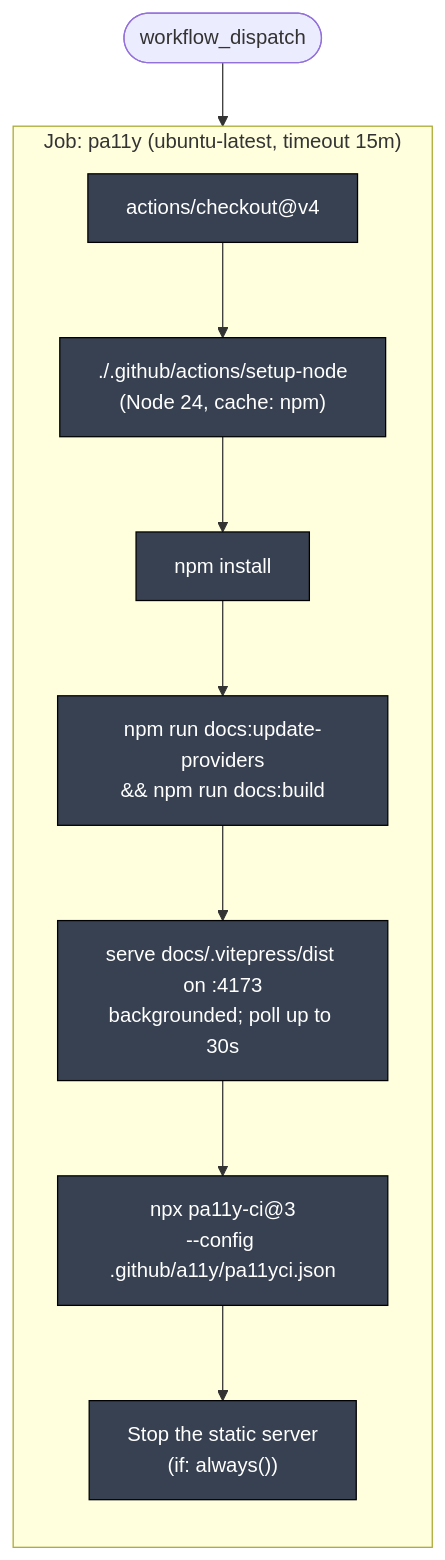
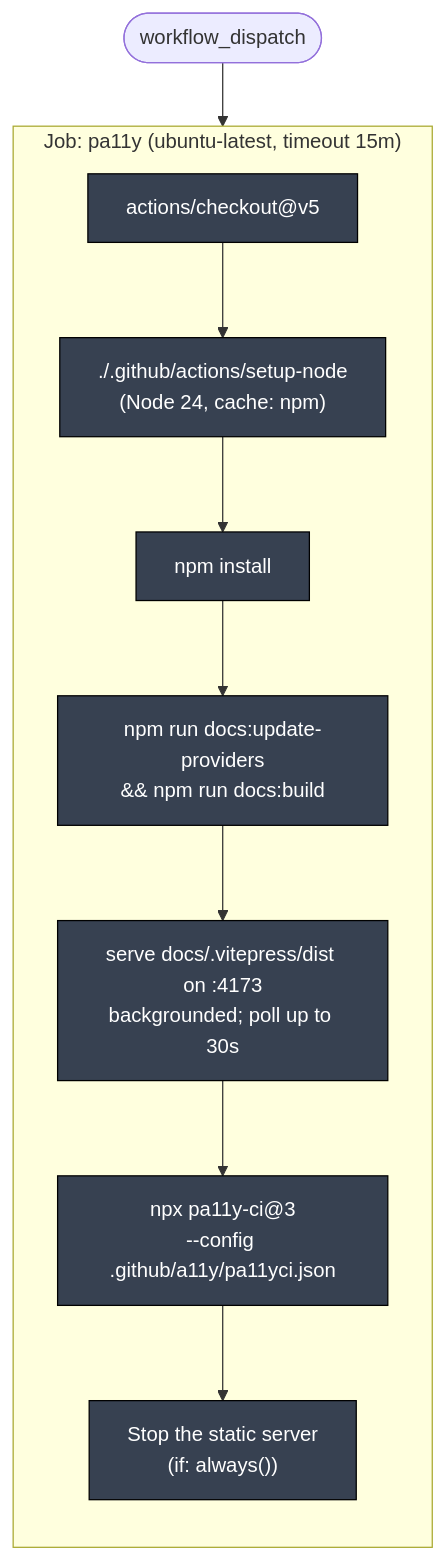
One commit to llm-exe/llm-exe changed the third of 10 diagrams in .github/docs/A11Y_DOCS_DEEP_DIVE.md. Above: the diagram before and after it, drawn with Mermaid. The commit also changed other lines of this file and 3 other files, not shown here.

````diff
--- a/.github/docs/A11Y_DOCS_DEEP_DIVE.md
+++ b/.github/docs/A11Y_DOCS_DEEP_DIVE.md
@@ -102,20 +102,20 @@
 ```mermaid
 flowchart TB
     classDef job fill:#1e3a8a,color:#fff,stroke:#000
     classDef step fill:#374151,color:#fff,stroke:#000
 
     start([workflow_dispatch])
     start --> J
 
     subgraph J["Job: pa11y (ubuntu-latest, timeout 15m)"]
         direction TB
-        s1["actions/checkout@v4"]:::step
+        s1["actions/checkout@v5"]:::step
         s2["./.github/actions/setup-node\n(Node 24, cache: npm)"]:::step
         s3["npm install"]:::step
         s4["npm run docs:update-providers\n&& npm run docs:build"]:::step
         s5["serve docs/.vitepress/dist on :4173\nbackgrounded; poll up to 30s"]:::step
         s6["npx pa11y-ci@3\n--config .github/a11y/pa11yci.json"]:::step
         s7["Stop the static server\n(if: always())"]:::step
         s1 --> s2 --> s3 --> s4 --> s5 --> s6 --> s7
     end
 ```
````
